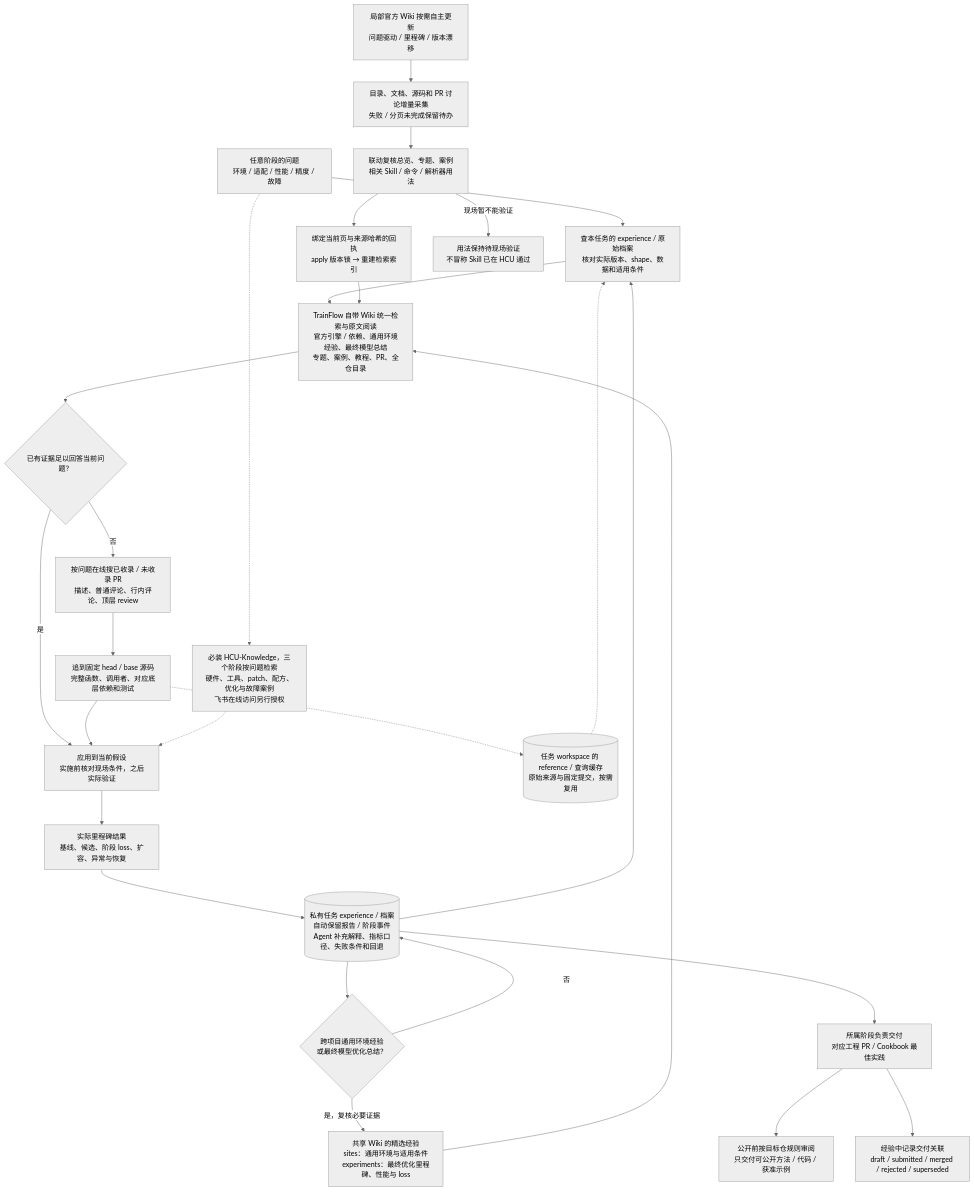
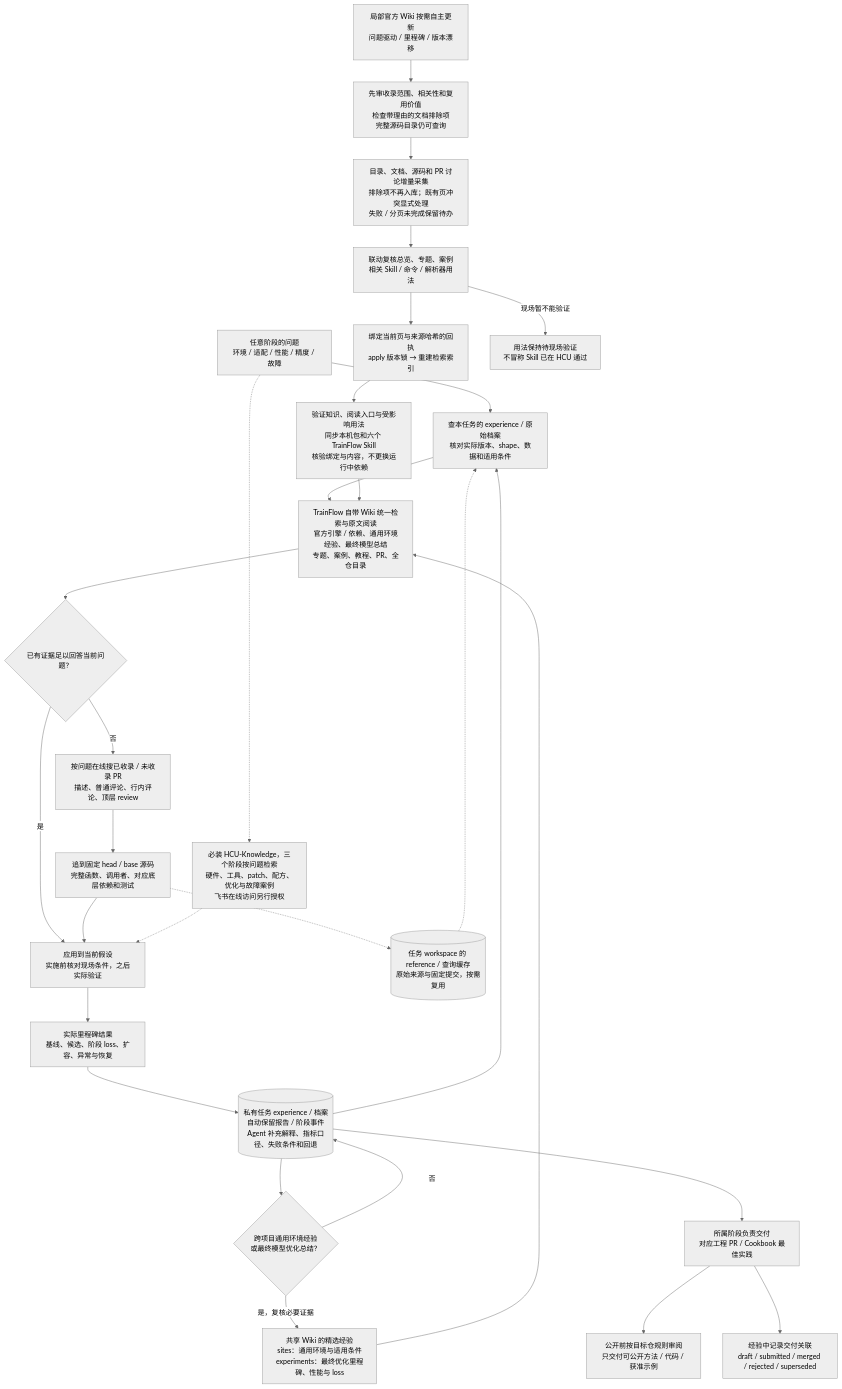
Before and after one commit to yuguo-Jack/HCU-TrainFlow: diagram 13 of 13 in docs/workflow-map.md, drawn with Mermaid (neutral theme). The commit also changed other lines of this file and 15 other files, not shown here.

Commit message:
Refresh workflow diagrams and project introductions for current mainline

````diff
--- a/docs/workflow-map.md
+++ b/docs/workflow-map.md
@@ -418,29 +455,31 @@
 ```mermaid
 flowchart TD
     PROB["任意阶段的问题<br/>环境 / 适配 / 性能 / 精度 / 故障"] --> EXP["查本任务的 experience / 原始档案<br/>核对实际版本、shape、数据和适用条件"]
     EXP --> LOCAL["TrainFlow 自带 Wiki 统一检索与原文阅读<br/>官方引擎 / 依赖、通用环境经验、最终模型总结<br/>专题、案例、教程、PR、全仓目录"]
     LOCAL --> ANSWER{"已有证据足以回答当前问题？"}
     ANSWER -->|是| USE["应用到当前假设<br/>实施前核对现场条件，之后实际验证"]
     ANSWER -->|否| PR["按问题在线搜已收录 / 未收录 PR<br/>描述、普通评论、行内评论、顶层 review"]
     PR --> CODE["追到固定 head / base 源码<br/>完整函数、调用者、对应底层依赖和测试"]
     CODE --> USE
     CODE -.-> CACHE[("任务 workspace 的 reference / 查询缓存<br/>原始来源与固定提交，按需复用")]
     CACHE -.-> EXP
     PROB -.-> HCU["必装 HCU-Knowledge，三个阶段按问题检索<br/>硬件、工具、patch、配方、优化与故障案例<br/>飞书在线访问另行授权"]
     HCU -.-> USE
     USE --> RESULT["实际里程碑结果<br/>基线、候选、阶段 loss、扩容、异常与恢复"]
     RESULT --> PRIVATE[("私有任务 experience / 档案<br/>自动保留报告 / 阶段事件<br/>Agent 补充解释、指标口径、失败条件和回退")]
     PRIVATE --> EXP
     PRIVATE --> CURATE{"跨项目通用环境经验<br/>或最终模型优化总结？"}
     CURATE -->|是，复核必要证据| SHARED["共享 Wiki 的精选经验<br/>sites：通用环境与适用条件<br/>experiments：最终优化里程碑、性能与 loss"]
     CURATE -->|否| PRIVATE
     SHARED --> LOCAL
     PRIVATE --> DELIVERY["所属阶段负责交付<br/>对应工程 PR / Cookbook 最佳实践"]
     DELIVERY --> PUBLIC["公开前按目标仓规则审阅<br/>只交付可公开方法 / 代码 / 获准示例"]
     DELIVERY --> TRACK["经验中记录交付关联<br/>draft / submitted / merged / rejected / superseded"]
-    REFRESH["局部官方 Wiki 按需自主更新<br/>问题驱动 / 里程碑 / 版本漂移"] --> FETCH["目录、文档、源码和 PR 讨论增量采集<br/>失败 / 分页未完成保留待办"]
+    REFRESH["局部官方 Wiki 按需自主更新<br/>问题驱动 / 里程碑 / 版本漂移"] --> SCOPE["先审收录范围、相关性和复用价值<br/>检查带理由的文档排除项<br/>完整源码目录仍可查询"]
+    SCOPE --> FETCH["目录、文档、源码和 PR 讨论增量采集<br/>排除项不再入库；既有页冲突显式处理<br/>失败 / 分页未完成保留待办"]
     FETCH --> IMPACT["联动复核总览、专题、案例<br/>相关 Skill / 命令 / 解析器用法"]
     IMPACT --> APPLY["绑定当前页与来源哈希的回执<br/>apply 版本锁 → 重建检索索引"]
-    APPLY --> LOCAL
+    APPLY --> INSTALL["验证知识、阅读入口与受影响用法<br/>同步本机包和六个 TrainFlow Skill<br/>核验绑定与内容，不更换运行中依赖"]
+    INSTALL --> LOCAL
     IMPACT -->|现场暂不能验证| PENDING["用法保持待现场验证<br/>不冒称 Skill 已在 HCU 通过"]
 ```
````
